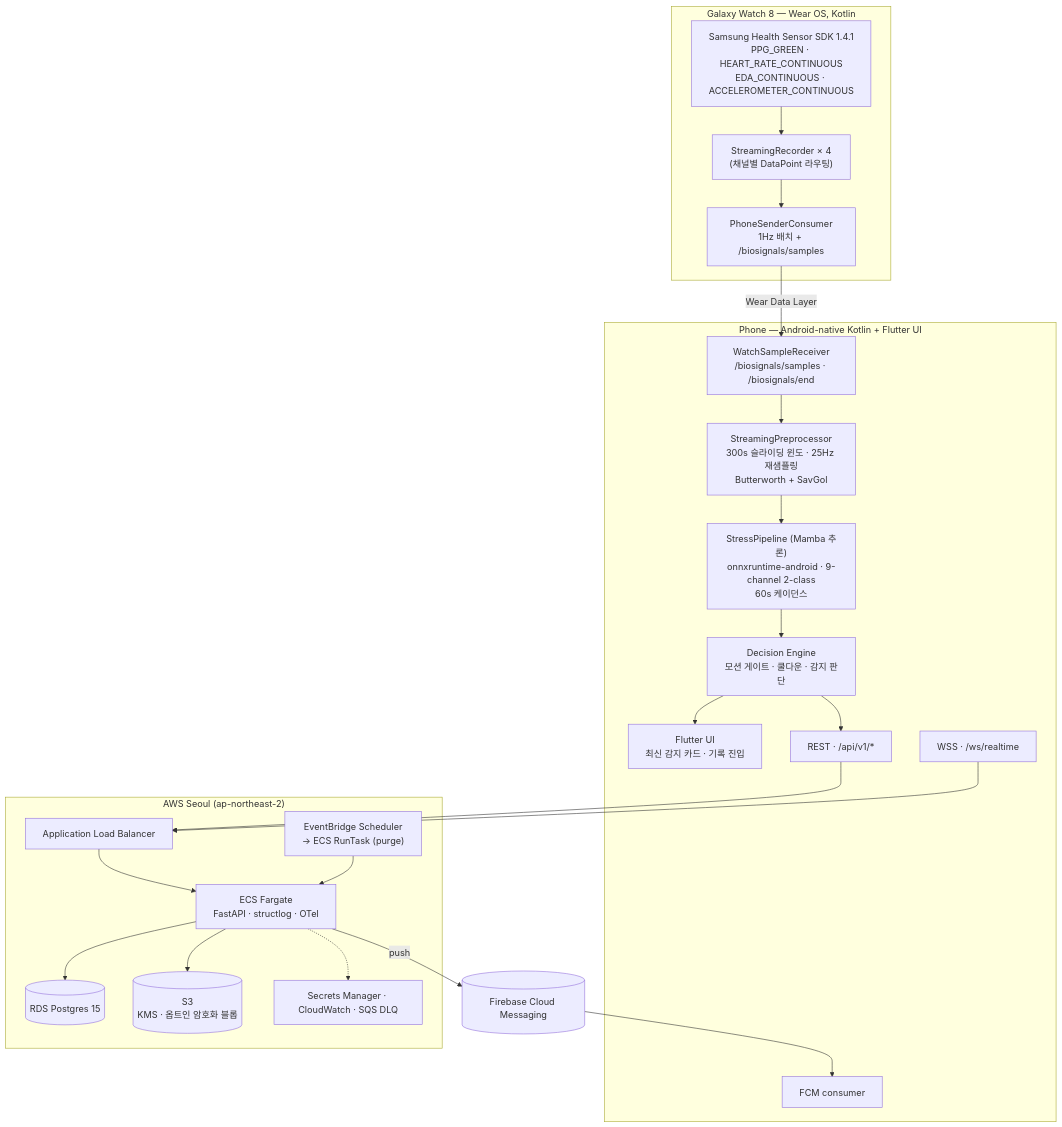
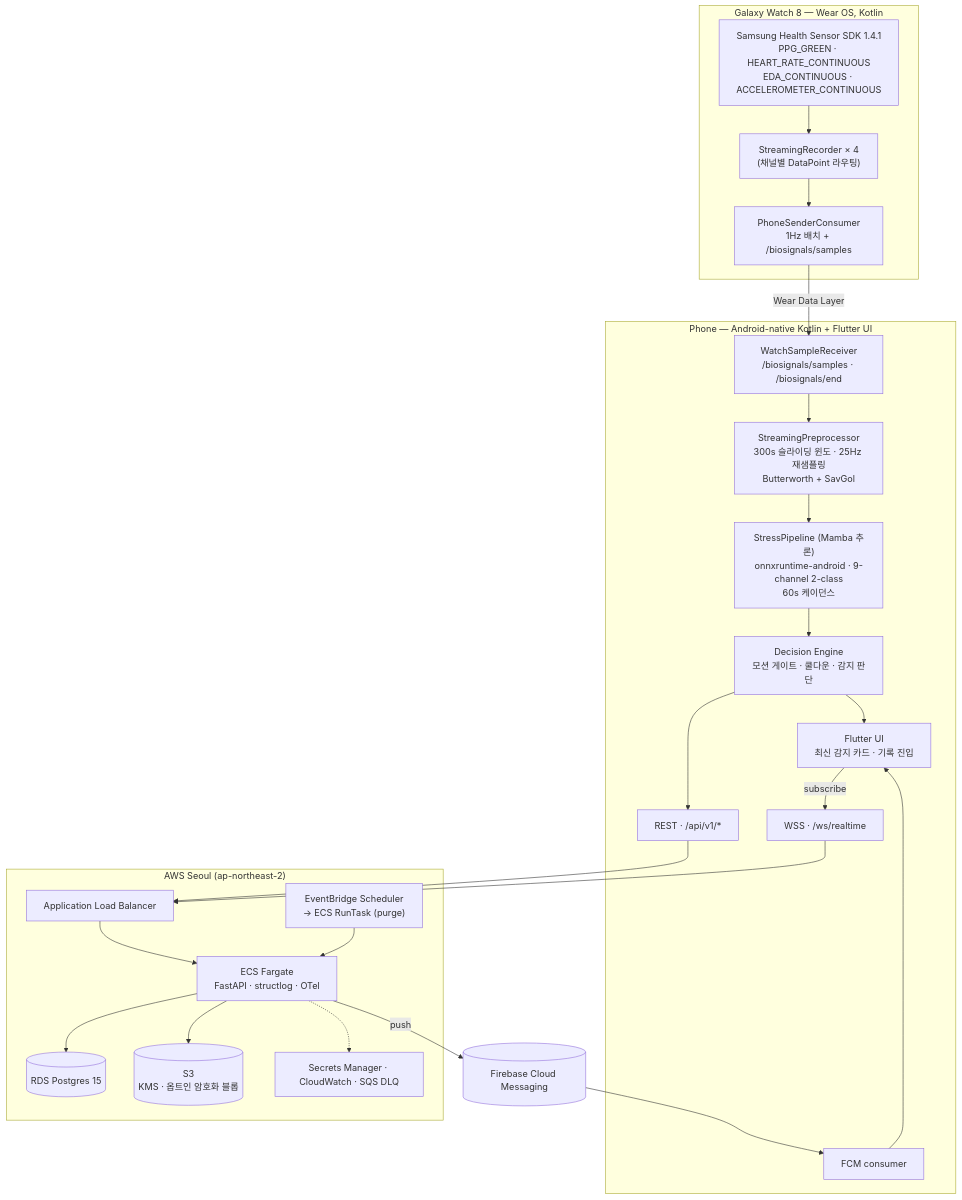
Before and after one commit to kookmin-sw/2026-capstone-18: the fourth of 4 diagrams in README.md, drawn with Mermaid. The commit also changed other lines of this file, not shown here.

````diff
--- a/README.md
+++ b/README.md
@@ -788,45 +788,47 @@
 ```mermaid
 flowchart TD
     subgraph Watch["Galaxy Watch 8 — Wear OS, Kotlin"]
         SDK["Samsung Health Sensor SDK 1.4.1<br/>PPG_GREEN · HEART_RATE_CONTINUOUS<br/>EDA_CONTINUOUS · ACCELEROMETER_CONTINUOUS"]
         StreamRec["StreamingRecorder × 4<br/>(채널별 DataPoint 라우팅)"]
         Consumer["PhoneSenderConsumer<br/>1Hz 배치 + /biosignals/samples"]
         SDK --> StreamRec --> Consumer
     end
 
     subgraph Phone["Phone — Android-native Kotlin + Flutter UI"]
         Receiver["WatchSampleReceiver<br/>/biosignals/samples · /biosignals/end"]
         Buffer["StreamingPreprocessor<br/>300s 슬라이딩 윈도 · 25Hz 재샘플링<br/>Butterworth + SavGol"]
         Mamba["StressPipeline (Mamba 추론)<br/>onnxruntime-android · 9-channel 2-class<br/>60s 케이던스"]
         Decision["Decision Engine<br/>모션 게이트 · 쿨다운 · 감지 판단"]
         FlutterUI["Flutter UI<br/>최신 감지 카드 · 기록 진입"]
         REST["REST · /api/v1/*"]
         WSS["WSS · /ws/realtime"]
         FCMc["FCM consumer"]
         Receiver --> Buffer --> Mamba --> Decision
         Decision --> FlutterUI
         Decision --> REST
+        FlutterUI -- "subscribe" --> WSS
+        FCMc --> FlutterUI
     end
 
     subgraph AWS["AWS Seoul (ap-northeast-2)"]
         ALB["Application Load Balancer"]
         ECS["ECS Fargate<br/>FastAPI · structlog · OTel"]
         RDS[("RDS Postgres 15")]
         S3[("S3<br/>KMS · 옵트인 암호화 블롭")]
         EB["EventBridge Scheduler<br/>→ ECS RunTask (purge)"]
         Ops["Secrets Manager · CloudWatch · SQS DLQ"]
         ALB --> ECS
         ECS --> RDS
         ECS --> S3
         EB --> ECS
         ECS -.-> Ops
     end
 
     Firebase[("Firebase Cloud Messaging")]
 
     Consumer -- "Wear Data Layer" --> Receiver
     REST --> ALB
     WSS --> ALB
     ECS -- push --> Firebase
     Firebase --> FCMc
 ```
````
